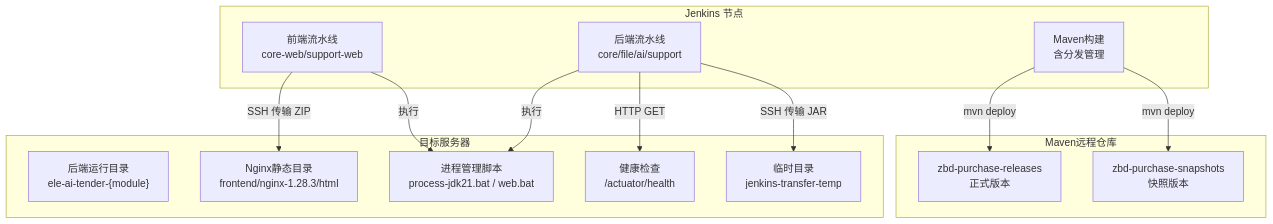
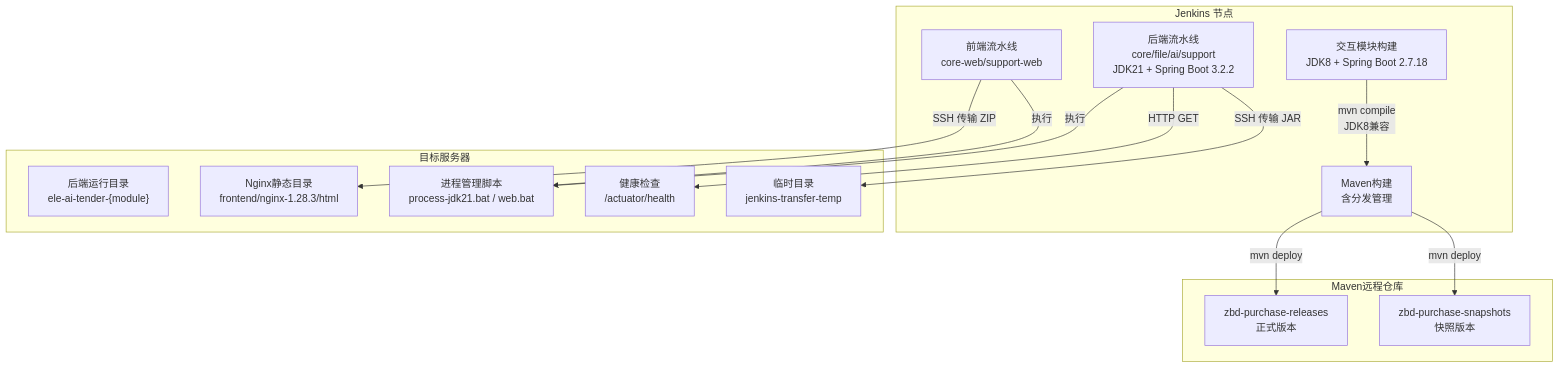
Before and after one commit to DrunkFood/First: the second of 7 diagrams in .qoder/repowiki/zh/content/部署运维/CI_CD流水线.md, drawn with Mermaid. The commit also changed other lines of this file and 77 other files, not shown here.

````diff
--- a/.qoder/repowiki/zh/content/部署运维/CI_CD流水线.md
+++ b/.qoder/repowiki/zh/content/部署运维/CI_CD流水线.md
@@ -127,26 +149,28 @@
 ```mermaid
 graph TB
 subgraph "Jenkins 节点"
-A["后端流水线<br/>core/file/ai/support"]
+A["后端流水线<br/>core/file/ai/support<br/>JDK21 + Spring Boot 3.2.2"]
 B["前端流水线<br/>core-web/support-web"]
-C["Maven构建<br/>含分发管理"]
+C["交互模块构建<br/>JDK8 + Spring Boot 2.7.18"]
+D["Maven构建<br/>含分发管理"]
 end
 subgraph "目标服务器"
 S1["后端运行目录<br/>ele-ai-tender-{module}"]
 S2["Nginx静态目录<br/>frontend/nginx-1.28.3/html"]
 P["进程管理脚本<br/>process-jdk21.bat / web.bat"]
 H["健康检查<br/>/actuator/health"]
 T["临时目录<br/>jenkins-transfer-temp"]
 end
 subgraph "Maven远程仓库"
 R1["zbd-purchase-releases<br/>正式版本"]
 R2["zbd-purchase-snapshots<br/>快照版本"]
 end
 A --> |SSH 传输 JAR| T
 A --> |执行| P
 A --> |HTTP GET| H
 B --> |SSH 传输 ZIP| S2
 B --> |执行| P
-C --> |mvn deploy| R1
-C --> |mvn deploy| R2
+C --> |mvn compile<br/>JDK8兼容| D
+D --> |mvn deploy| R1
+D --> |mvn deploy| R2
 ```
````
